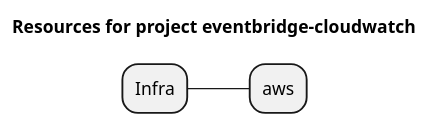
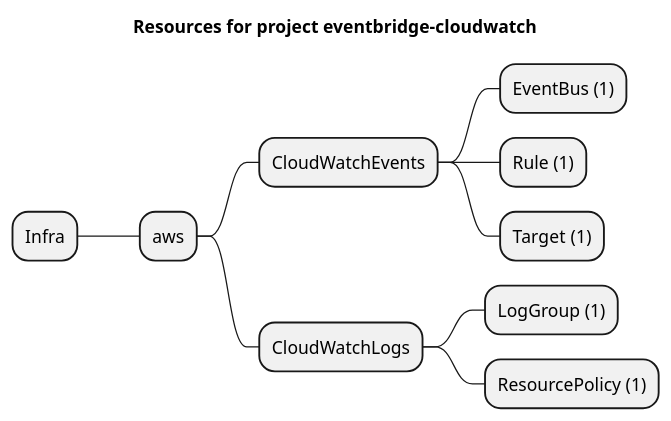
Before and after one commit to grucloud/grucloud: the diagram in examples/aws/CloudWatchEvent/eventbridge-cloudwatch/artifacts/resources-mindmap.puml, drawn with PlantUML. The commit also changed 30 other files, not shown here.

Commit message:
CloudWatchLogsResourcePolicy elemental-mediapackage-cloudfront

```diff
--- a/examples/aws/CloudWatchEvent/eventbridge-cloudwatch/artifacts/resources-mindmap.puml
+++ b/examples/aws/CloudWatchEvent/eventbridge-cloudwatch/artifacts/resources-mindmap.puml
@@ -1,7 +1,13 @@
 @startmindmap
 title Resources for project eventbridge-cloudwatch
 skinparam monochrome true
 + Infra
 ++ aws
-
++++ CloudWatchEvents
+++++ EventBus (1)
+++++ Rule (1)
+++++ Target (1)
++++ CloudWatchLogs
+++++ LogGroup (1)
+++++ ResourcePolicy (1)
 @endmindmap
```
